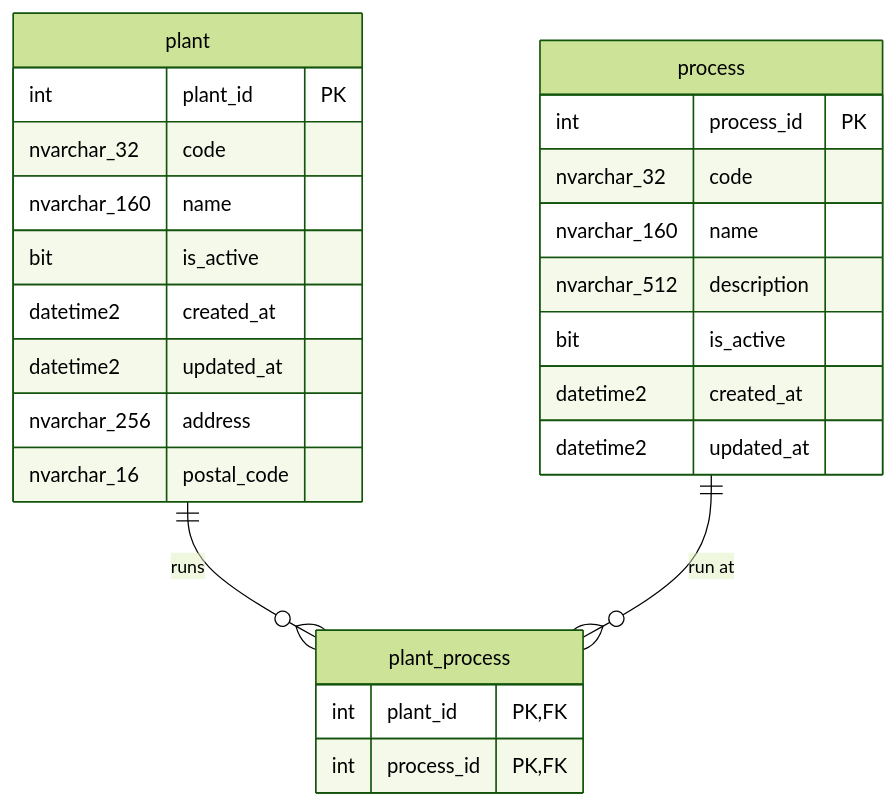
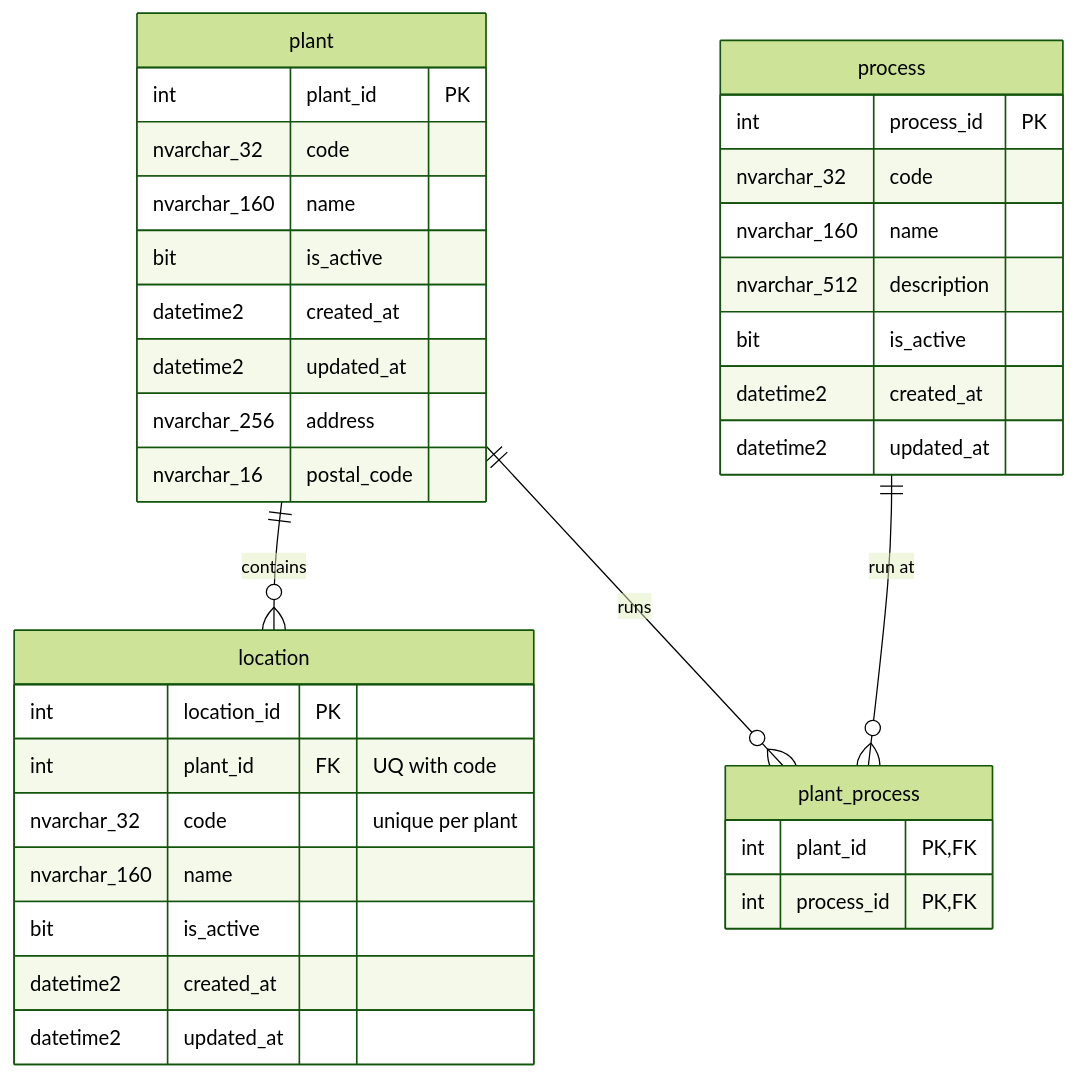
Before and after one commit to AndresDRamos/EBI-WEB: the diagram in docs/database/erd/org.md, drawn with Mermaid (forest theme). The commit also changed other lines of this file and 55 other files, not shown here.

````diff
--- a/docs/database/erd/org.md
+++ b/docs/database/erd/org.md
@@ -19,34 +22,45 @@
 ```mermaid
 erDiagram
 
     plant {
         int plant_id PK
         nvarchar_32 code
         nvarchar_160 name
         bit is_active
         datetime2 created_at
         datetime2 updated_at
         nvarchar_256 address
         nvarchar_16 postal_code
+    }
+
+    location {
+        int location_id PK
+        int plant_id FK "UQ with code"
+        nvarchar_32 code "unique per plant"
+        nvarchar_160 name
+        bit is_active
+        datetime2 created_at
+        datetime2 updated_at
     }
 
     process {
         int process_id PK
         nvarchar_32 code
         nvarchar_160 name
         nvarchar_512 description
         bit is_active
         datetime2 created_at
         datetime2 updated_at
     }
 
     plant_process {
         int plant_id PK,FK
         int process_id PK,FK
     }
 
     %% ── relaciones ──────────────────────────────────────────────────────────
 
+    plant   ||--o{ location      : "contains"
     plant   ||--o{ plant_process : "runs"
     process ||--o{ plant_process : "run at"
 ```
````
